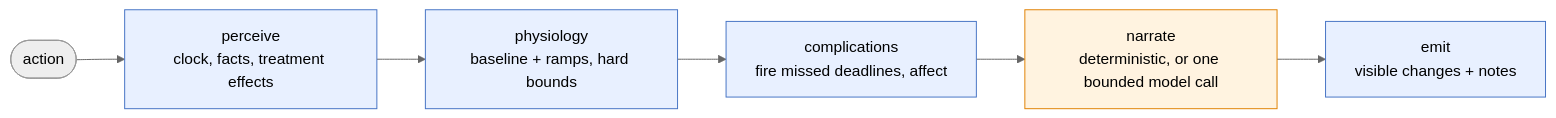
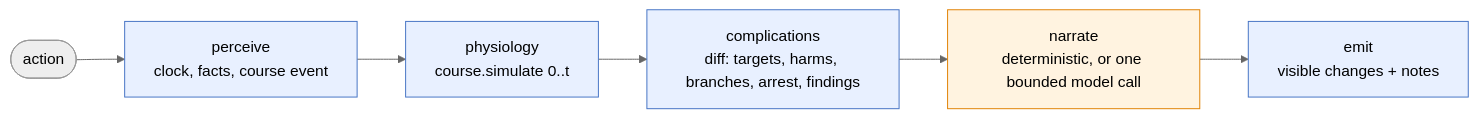
One commit to ArioMoniri/acudx-simulation changed the second of 2 diagrams in docs/architecture/15-case-generator-v2-and-director.md. Above: the diagram before and after it, drawn with Mermaid (neutral theme). The commit also changed other lines of this file and 7 other files, not shown here.

````diff
--- a/docs/architecture/15-case-generator-v2-and-director.md
+++ b/docs/architecture/15-case-generator-v2-and-director.md
@@ -135,12 +140,12 @@
 ```mermaid
 flowchart LR
-  A([action]) --> P[perceive<br/>clock, facts, treatment effects]
-  P --> PH[physiology<br/>baseline + ramps, hard bounds]
-  PH --> C[complications<br/>fire missed deadlines, affect]
+  A([action]) --> P[perceive<br/>clock, facts, course event]
+  P --> PH[physiology<br/>course.simulate 0..t]
+  PH --> C[complications<br/>diff: targets, harms, branches, arrest, findings]
   C --> N[narrate<br/>deterministic, or one bounded model call]
   N --> EM[emit<br/>visible changes + notes]
   classDef det fill:#e8f0ff,stroke:#4472c4;
   classDef llm fill:#fff3e0,stroke:#e08000;
   class P,PH,C,EM det;
   class N llm;
 ```
````
